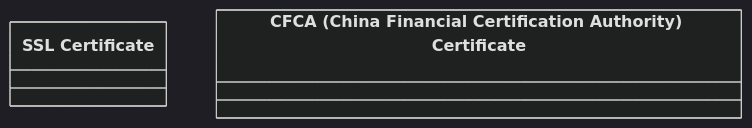
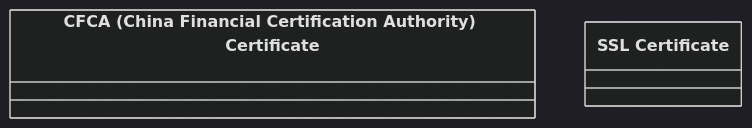
The diagram in output/ieswc_meta/certificate.ttl-abstract-7-0-hard.md (oeg-upm/Devos), drawn with Mermaid (dark theme) before and after one commit. The commit also changed other lines of this file and 131 other files, not shown here.

````diff
--- a/output/ieswc_meta/certificate.ttl-abstract-7-0-hard.md
+++ b/output/ieswc_meta/certificate.ttl-abstract-7-0-hard.md
@@ -1,15 +1,15 @@
 ```mermaid
 	classDiagram
 
     
-    class `SSL Certificate` {
+    class `CFCA (China Financial Certification Authority) Certificate` {
     
     }
 
-    class `CFCA (China Financial Certification Authority) Certificate` {
+    class `SSL Certificate` {
     
     }
 
 
 
 ```
````
